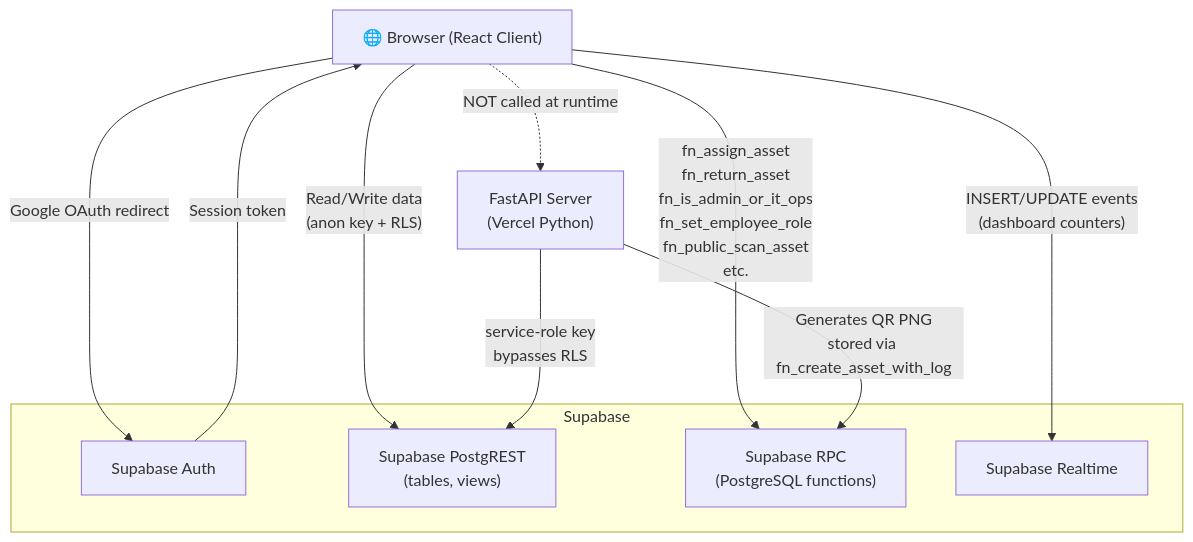
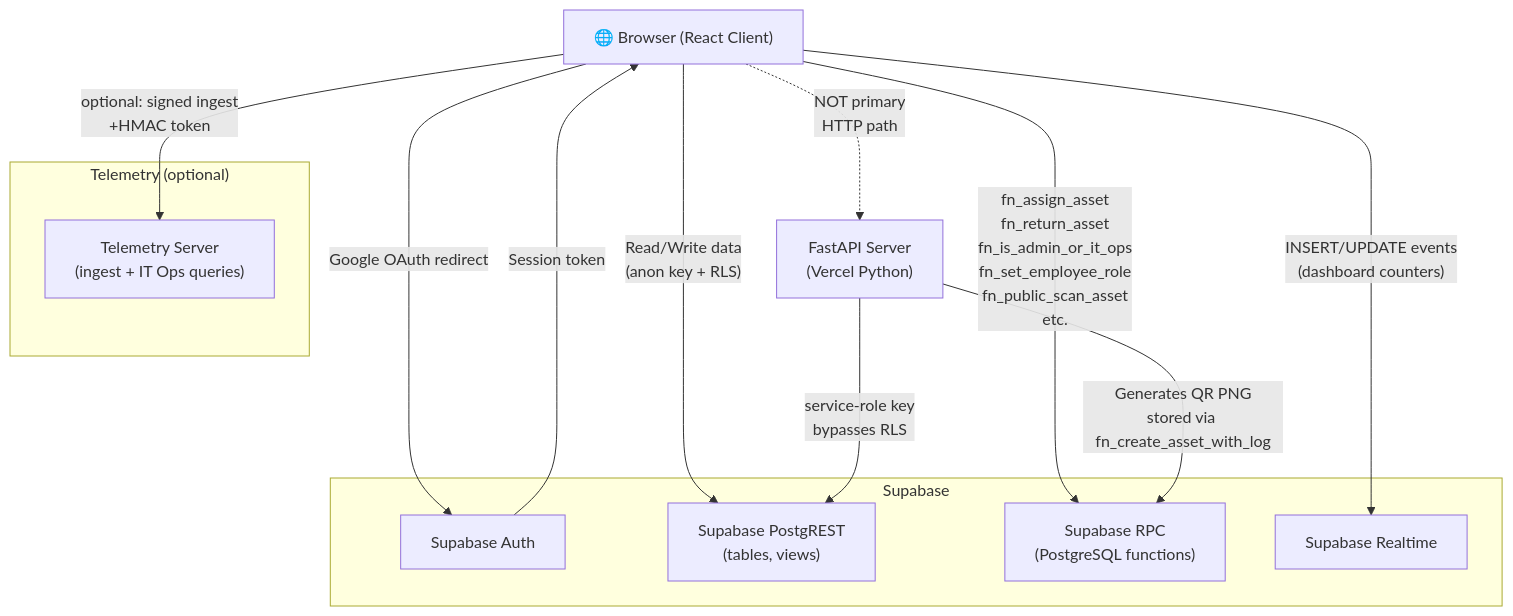
One commit to bikashJMV/assetmanager changed the diagram in README.md. Above: the diagram before and after it, drawn with Mermaid. The commit also changed other lines of this file and 46 other files, not shown here.

````diff
--- a/README.md
+++ b/README.md
@@ -18,23 +20,28 @@
 ```mermaid
 flowchart TD
     Browser["🌐 Browser (React Client)"]
 
     Browser -->|"Google OAuth redirect"| SupaAuth["Supabase Auth"]
     SupaAuth -->|"Session token"| Browser
 
     Browser -->|"Read/Write data\n(anon key + RLS)"| SupaDB["Supabase PostgREST\n(tables, views)"]
     Browser -->|"fn_assign_asset\nfn_return_asset\nfn_is_admin_or_it_ops\nfn_set_employee_role\nfn_public_scan_asset\netc."| SupaRPC["Supabase RPC\n(PostgreSQL functions)"]
     Browser -->|"INSERT/UPDATE events\n(dashboard counters)"| SupaRT["Supabase Realtime"]
 
-    Browser -. "NOT called at runtime" .-> Server["FastAPI Server\n(Vercel Python)"]
+    Browser -. "NOT primary\nHTTP path" .-> Server["FastAPI Server\n(Vercel Python)"]
+    Browser -->|"optional: signed ingest\n+HMAC token"| TEL["Telemetry Server\n(ingest + IT Ops queries)"]
     Server -->|"service-role key\nbypasses RLS"| SupaDB
 
     Server -->|"Generates QR PNG\nstored via fn_create_asset_with_log"| SupaRPC
+
+    subgraph TelemetryOptional["Telemetry (optional)"]
+        TEL
+    end
 
     subgraph Supabase
         SupaAuth
         SupaDB
         SupaRPC
         SupaRT
     end
 ```
````
